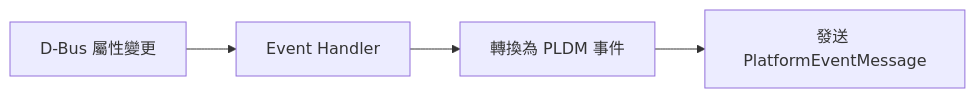
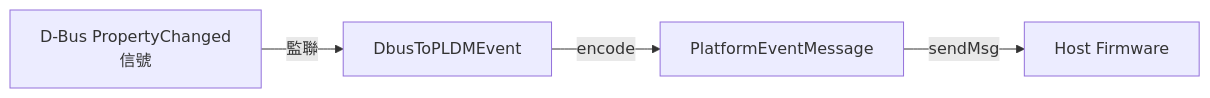
Before and after one commit to chilung-cgu/bmc-firmware-knowledge-base: the third of 3 diagrams in pldm/HostBMC.md, drawn with Mermaid. The commit also changed other lines of this file and 15 other files, not shown here.

````diff
--- a/pldm/HostBMC.md
+++ b/pldm/HostBMC.md
@@ -42,7 +153,6 @@
 ```mermaid
 graph LR
-    DBus["D-Bus 屬性變更"]
-    DBus --> Handler["Event Handler"]
-    Handler --> Convert["轉換為 PLDM 事件"]
-    Convert --> Send["發送 PlatformEventMessage"]
+    DBus["D-Bus PropertyChanged<br/>信號"] -->|"監聯"| Converter["DbusToPLDMEvent"]
+    Converter -->|"encode"| PLDM["PlatformEventMessage"]
+    PLDM -->|"sendMsg"| Host["Host Firmware"]
 ```
````
